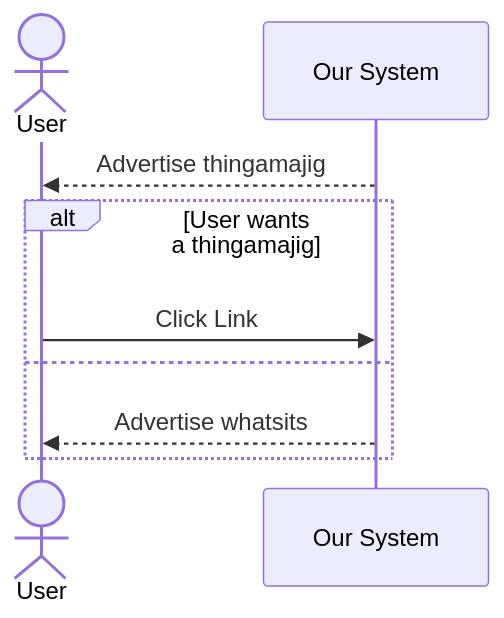
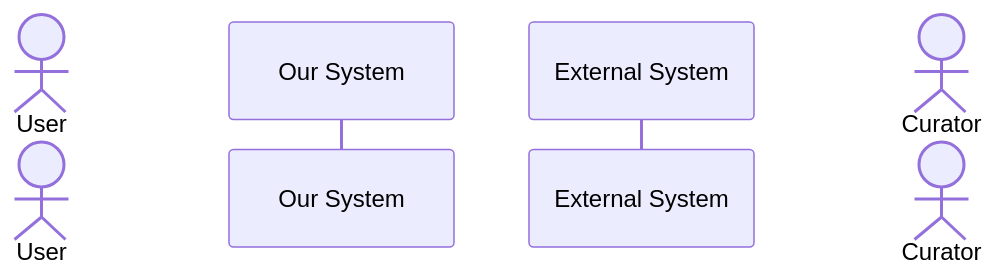
One commit to carolyncole/mermaid-wintersession changed the diagram in lesson1-actors/xxx-answer-key.md. Above: the diagram before and after it, drawn with Mermaid.

Commit message:
Fixing lesson 1 answer key

````diff
--- a/lesson1-actors/xxx-answer-key.md
+++ b/lesson1-actors/xxx-answer-key.md
@@ -9,12 +9,8 @@
 ```mermaid
 sequenceDiagram
+
 actor user as User
 participant sys as Our System
-
-sys -->> user: Advertise thingamajig
-alt User wants <br> a thingamajig
-  user ->> sys: Click Link
-else
-  sys -->> user: Advertise whatsits   
-end
+participant ext as External System
+actor curator as Curator
 ```
````
